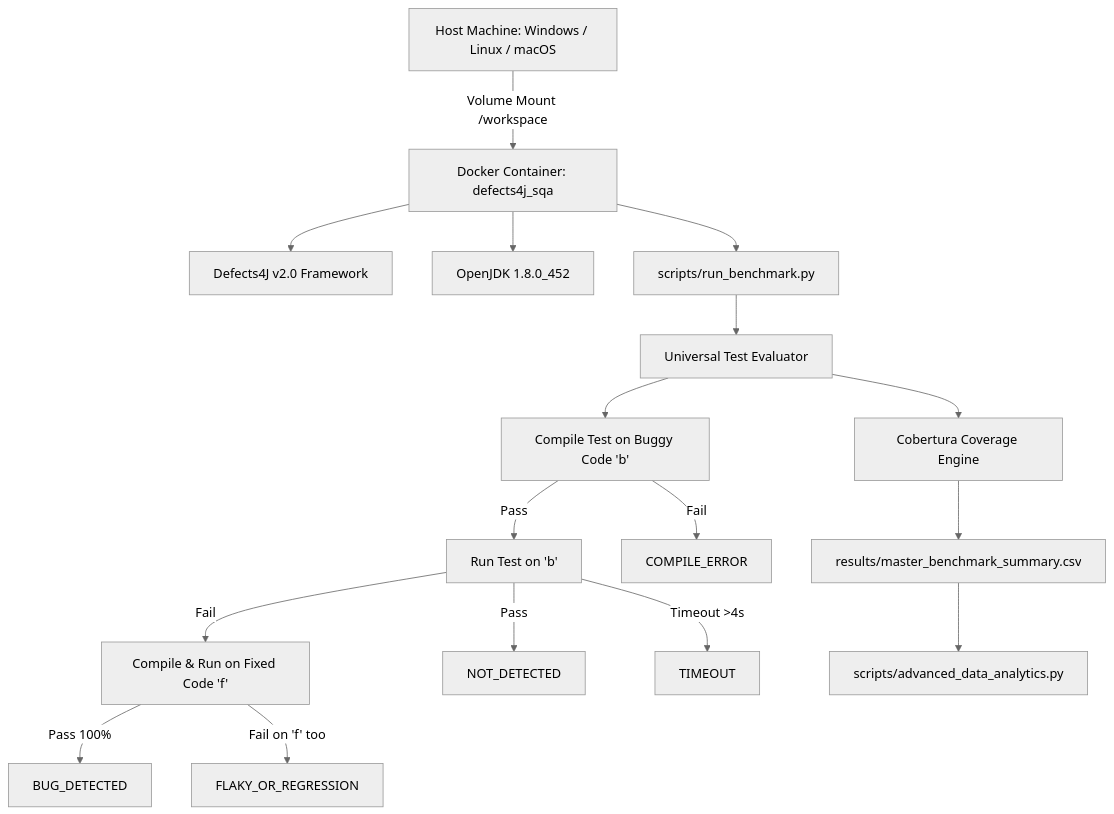
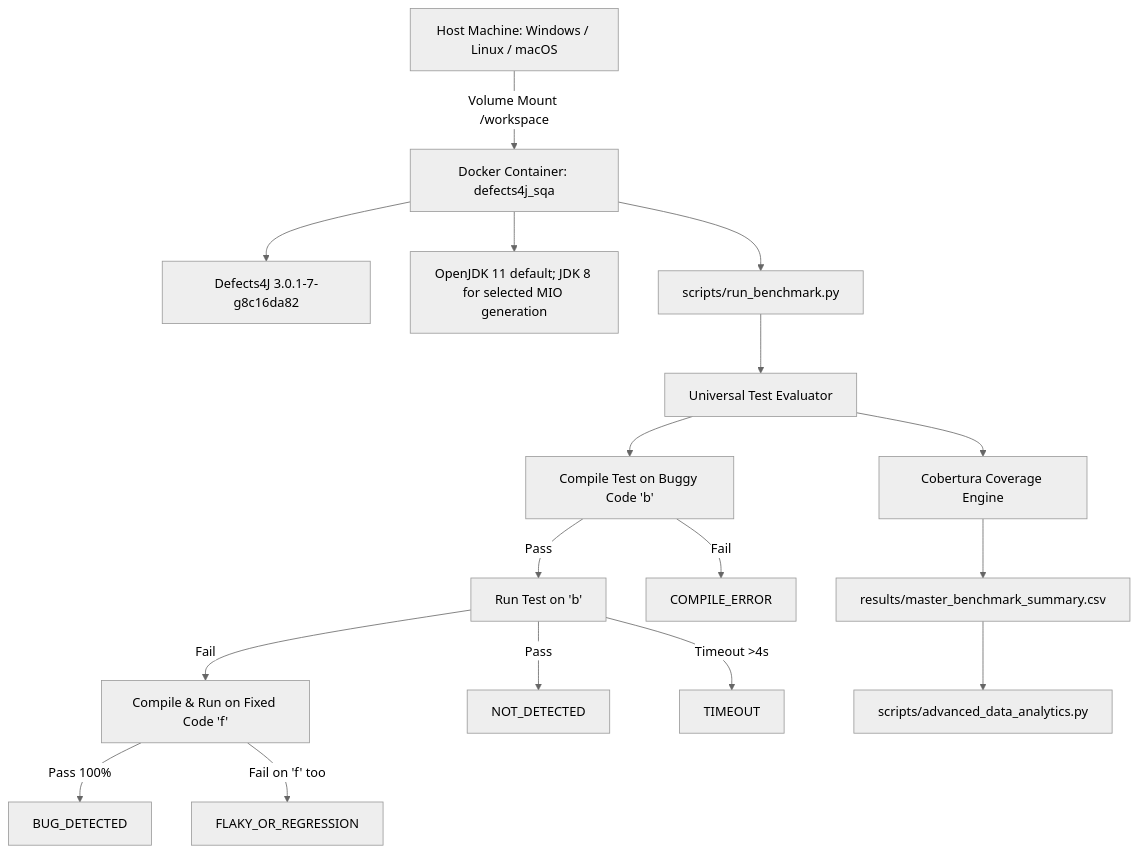
The diagram in Final_Report.md (Bigzzz0/ProjectSQA), drawn with Mermaid (neutral theme) before and after one commit. The commit also changed other lines of this file and 13 other files, not shown here.

````diff
--- a/Final_Report.md
+++ b/Final_Report.md
@@ -168,23 +164,23 @@
 ```mermaid
 graph TD
     Host[Host Machine: Windows / Linux / macOS] -->|Volume Mount /workspace| Docker[Docker Container: defects4j_sqa]
-    Docker --> D4J[Defects4J v2.0 Framework]
-    Docker --> JRE[OpenJDK 1.8.0_452]
+    Docker --> D4J[Defects4J 3.0.1-7-g8c16da82]
+    Docker --> JRE[OpenJDK 11 default; JDK 8 for selected MIO generation]
     Docker --> Runner[scripts/run_benchmark.py]
     
     Runner --> Evaluator[Universal Test Evaluator]
     Evaluator --> CompileB[Compile Test on Buggy Code 'b']
     CompileB -->|Pass| RunB[Run Test on 'b']
     CompileB -->|Fail| CE[COMPILE_ERROR]
     
     RunB -->|Fail| CompileF[Compile & Run on Fixed Code 'f']
     RunB -->|Pass| ND[NOT_DETECTED]
     RunB -->|Timeout >4s| TO[TIMEOUT]
     
     CompileF -->|Pass 100%| BD[BUG_DETECTED]
     CompileF -->|Fail on 'f' too| FR[FLAKY_OR_REGRESSION]
     
     Evaluator --> Cov[Cobertura Coverage Engine]
     Cov --> MasterCSV[results/master_benchmark_summary.csv]
     MasterCSV --> Analytics[scripts/advanced_data_analytics.py]
 ```
````
